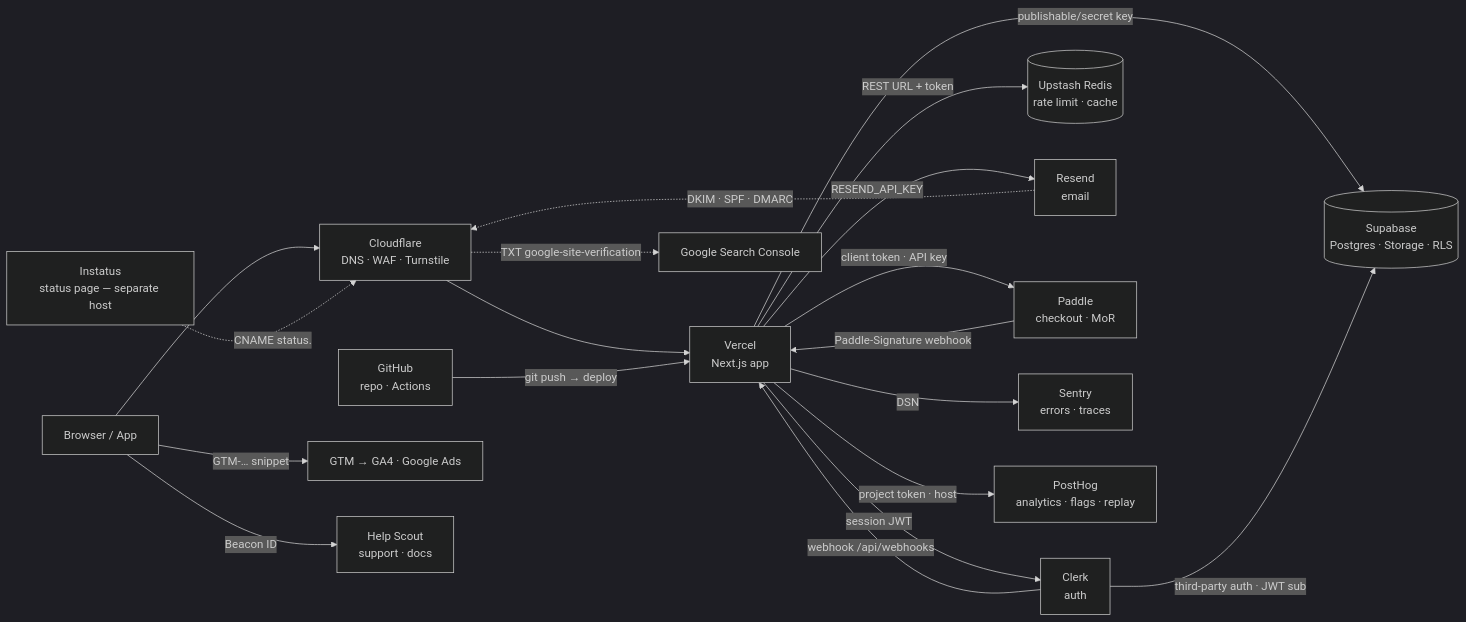
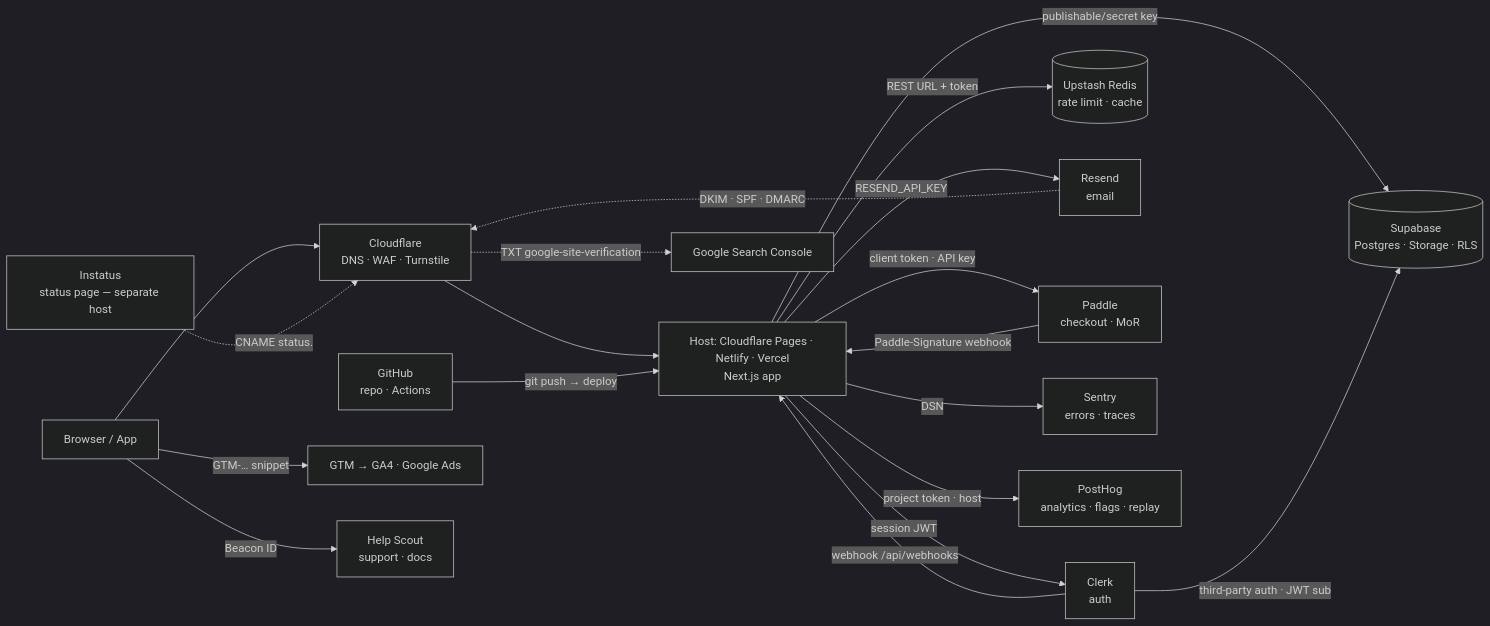
The diagram in skills/v2p/references/stack/overview.md (kikearciniegas/vibe-to-product), drawn with Mermaid (dark theme) before and after one commit. The commit also changed other lines of this file and 11 other files, not shown here.

````diff
--- a/skills/v2p/references/stack/overview.md
+++ b/skills/v2p/references/stack/overview.md
@@ -66,21 +79,21 @@
 ```mermaid
 flowchart LR
   U[Browser / App] --> CF[Cloudflare<br/>DNS · WAF · Turnstile]
-  CF --> V[Vercel<br/>Next.js app]
+  CF --> V[Host: Cloudflare Pages · Netlify · Vercel<br/>Next.js app]
   GH[GitHub<br/>repo · Actions] -->|git push → deploy| V
   V -->|publishable/secret key| SB[(Supabase<br/>Postgres · Storage · RLS)]
   V -->|session JWT| CK[Clerk<br/>auth]
   CK -->|third-party auth · JWT sub| SB
   CK -->|webhook /api/webhooks| V
   V -->|REST URL + token| UP[(Upstash Redis<br/>rate limit · cache)]
   V -->|RESEND_API_KEY| RS[Resend<br/>email]
   RS -.->|DKIM · SPF · DMARC| CF
   V -->|client token · API key| PD[Paddle<br/>checkout · MoR]
   PD -->|Paddle-Signature webhook| V
   V -->|DSN| SE[Sentry<br/>errors · traces]
   V -->|project token · host| PH[PostHog<br/>analytics · flags · replay]
   U -->|GTM-… snippet| GT[GTM → GA4 · Google Ads]
   CF -.->|TXT google-site-verification| GSC[Google Search Console]
   U -->|Beacon ID| HS[Help Scout<br/>support · docs]
   ST[Instatus<br/>status page — separate host] -.->|CNAME status.| CF
 ```
````
